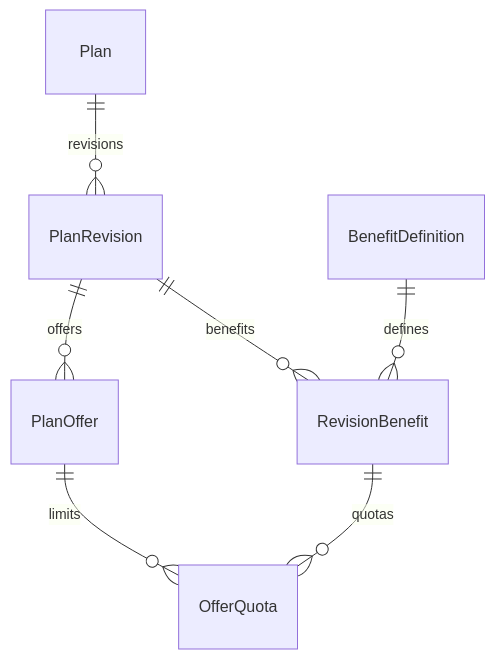
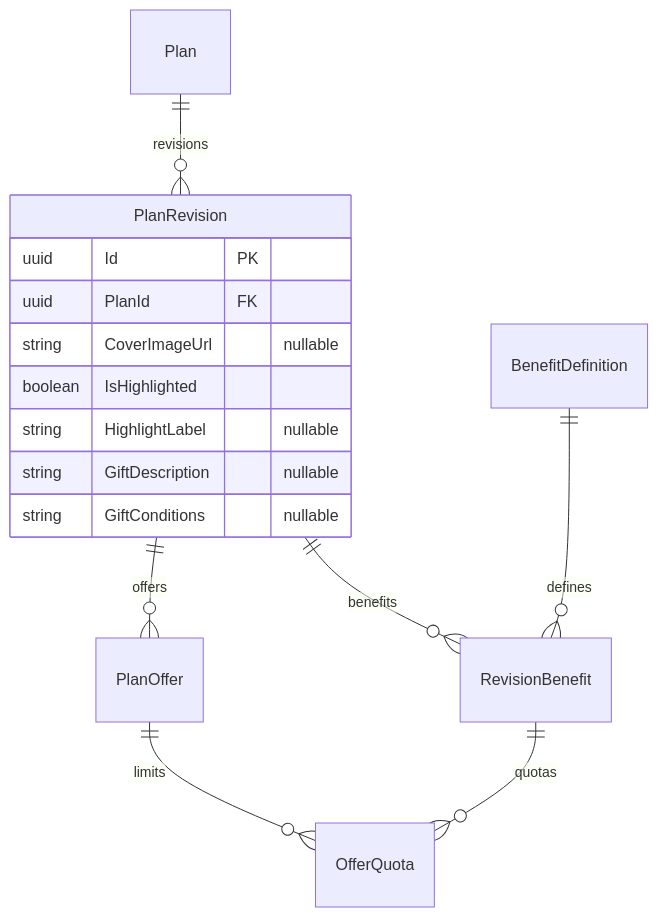
Before and after one commit to TaskCoper/bmt-documentation: the fifth of 5 diagrams in tdd/TDD-SUB-001.md, drawn with Mermaid. The commit also changed other lines of this file and 37 other files, not shown here.

````diff
--- a/tdd/TDD-SUB-001.md
+++ b/tdd/TDD-SUB-001.md
@@ -313,9 +340,18 @@
 ```mermaid
 erDiagram
     Plan ||--o{ PlanRevision : revisions
+    PlanRevision {
+        uuid Id PK
+        uuid PlanId FK
+        string CoverImageUrl "nullable"
+        boolean IsHighlighted
+        string HighlightLabel "nullable"
+        string GiftDescription "nullable"
+        string GiftConditions "nullable"
+    }
     PlanRevision ||--o{ PlanOffer : offers
     PlanRevision ||--o{ RevisionBenefit : benefits
     BenefitDefinition ||--o{ RevisionBenefit : defines
     PlanOffer ||--o{ OfferQuota : limits
     RevisionBenefit ||--o{ OfferQuota : quotas
 ```
````
